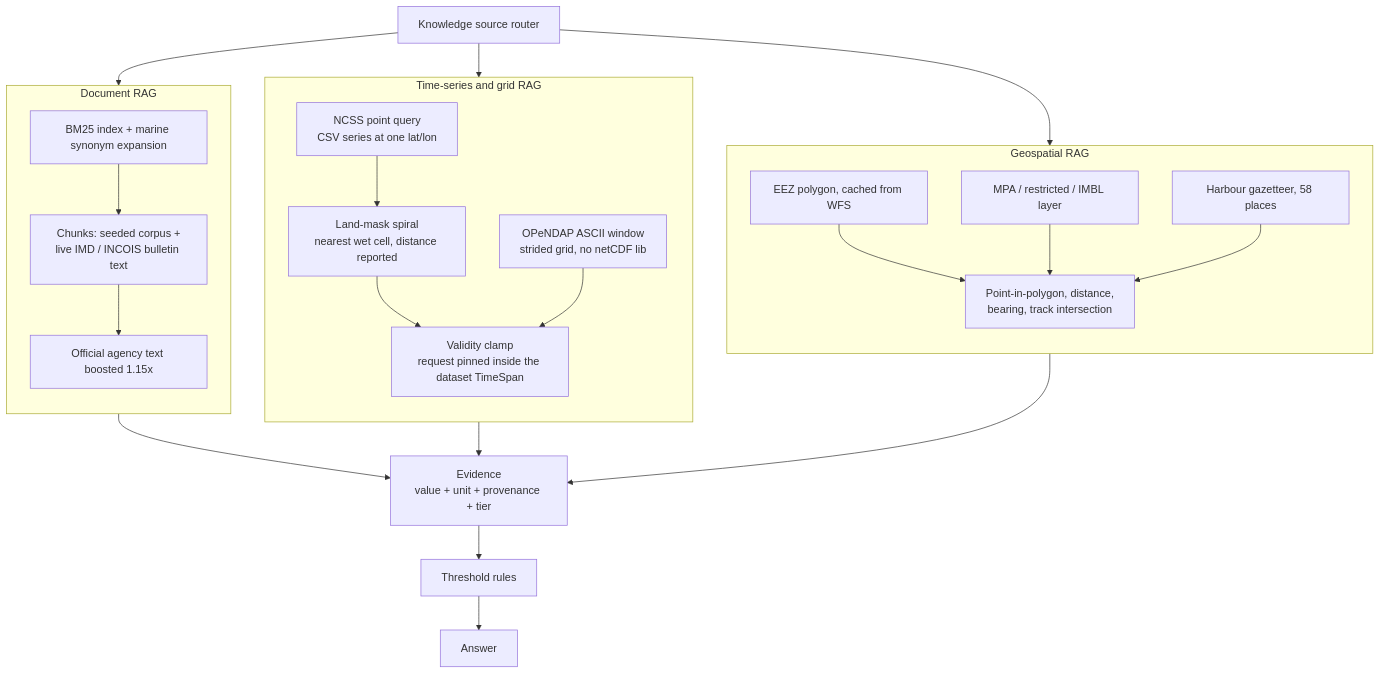
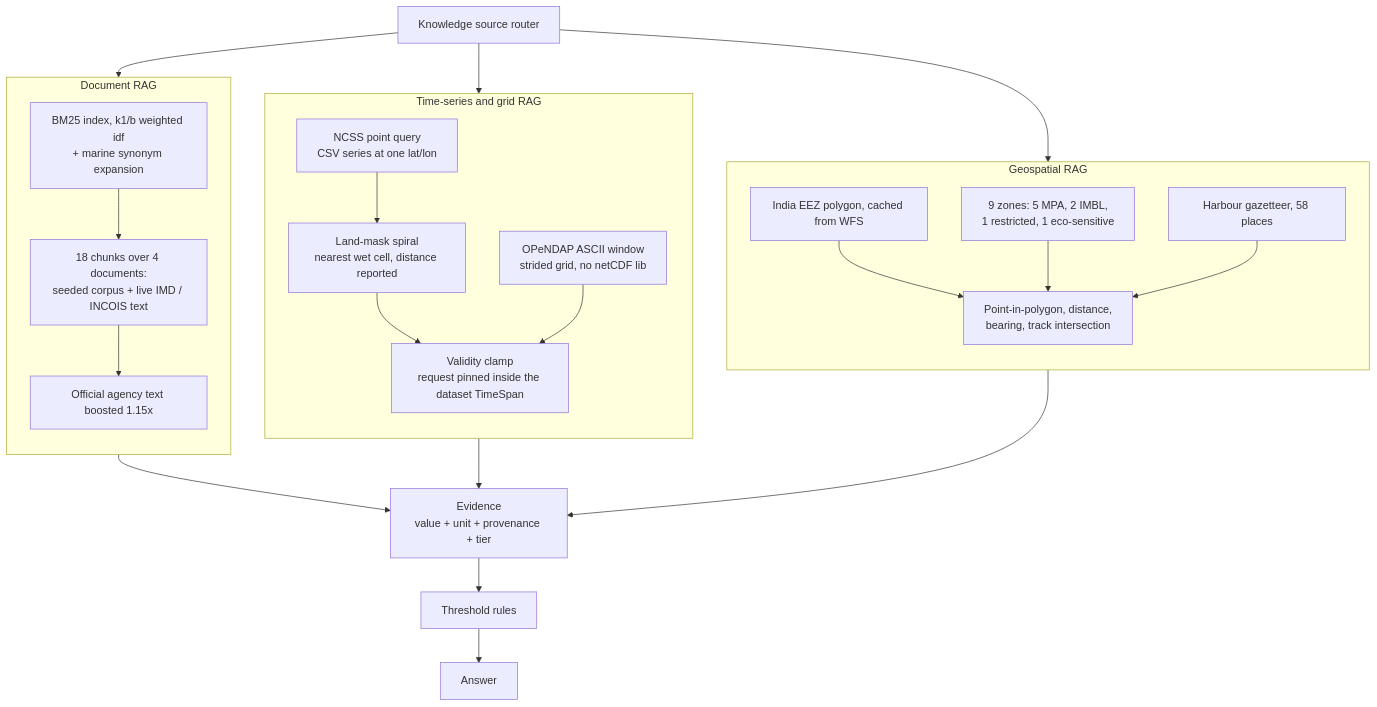
One commit to mithun50/ORCA changed the fourth of 12 diagrams in docs/ARCHITECTURE.md. Above: the diagram before and after it, drawn with Mermaid. The commit also changed other lines of this file and 27 other files, not shown here.

````diff
--- a/docs/ARCHITECTURE.md
+++ b/docs/ARCHITECTURE.md
@@ -170,39 +234,39 @@
 ```mermaid
 flowchart TB
     ROUTE["Knowledge source router"]
 
     subgraph vec["Document RAG"]
         direction TB
-        V1["BM25 index + marine synonym expansion"]
-        V2["Chunks: seeded corpus +<br/>live IMD / INCOIS bulletin text"]
+        V1["BM25 index, k1/b weighted idf<br/>+ marine synonym expansion"]
+        V2["18 chunks over 4 documents:<br/>seeded corpus + live IMD / INCOIS text"]
         V3["Official agency text boosted 1.15x"]
         V1 --> V2 --> V3
     end
 
     subgraph ts["Time-series and grid RAG"]
         direction TB
         T1["NCSS point query<br/>CSV series at one lat/lon"]
         T2["OPeNDAP ASCII window<br/>strided grid, no netCDF lib"]
         T3["Land-mask spiral<br/>nearest wet cell, distance reported"]
         T4["Validity clamp<br/>request pinned inside the dataset TimeSpan"]
         T1 --> T3 --> T4
         T2 --> T4
     end
 
     subgraph geo["Geospatial RAG"]
         direction TB
-        G1["EEZ polygon, cached from WFS"]
-        G2["MPA / restricted / IMBL layer"]
+        G1["India EEZ polygon, cached from WFS"]
+        G2["9 zones: 5 MPA, 2 IMBL,<br/>1 restricted, 1 eco-sensitive"]
         G3["Harbour gazetteer, 58 places"]
         G4["Point-in-polygon, distance,<br/>bearing, track intersection"]
         G1 --> G4
         G2 --> G4
         G3 --> G4
     end
 
     ROUTE --> vec & ts & geo
     vec --> EV["Evidence<br/>value + unit + provenance + tier"]
     ts --> EV
     geo --> EV
     EV --> RULES["Threshold rules"] --> ANS["Answer"]
 ```
````
